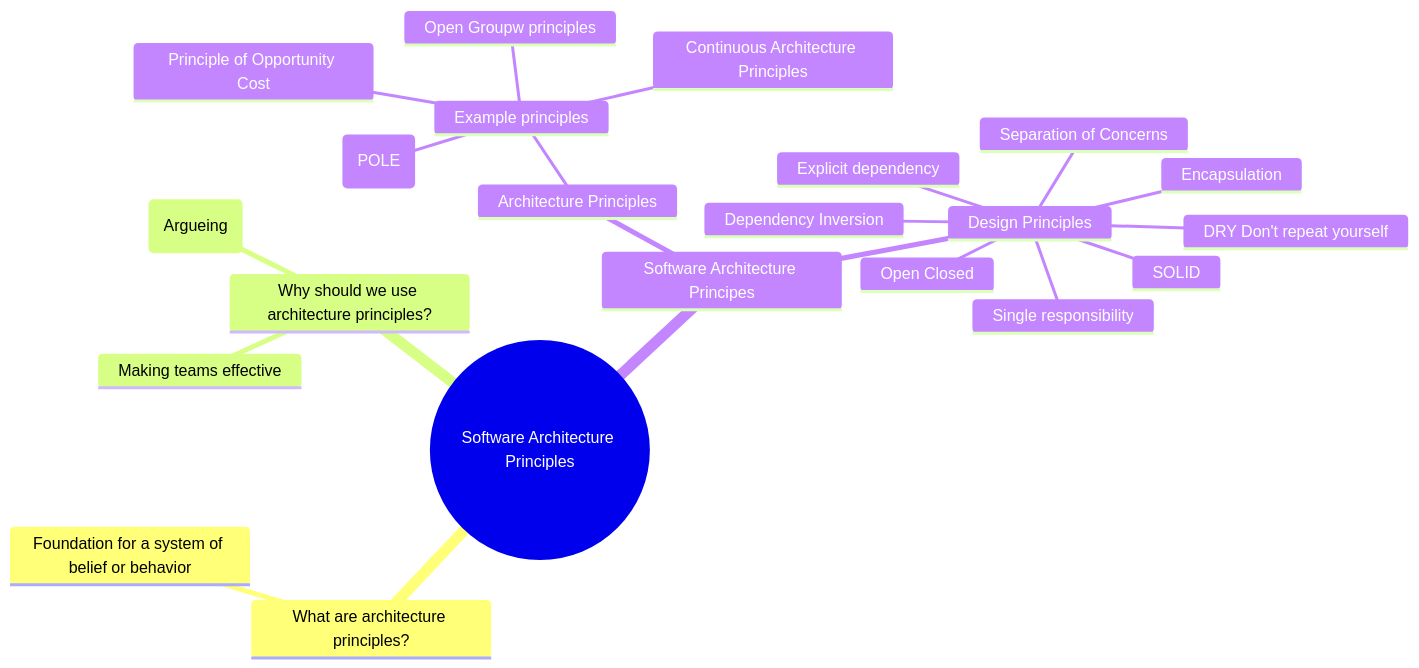
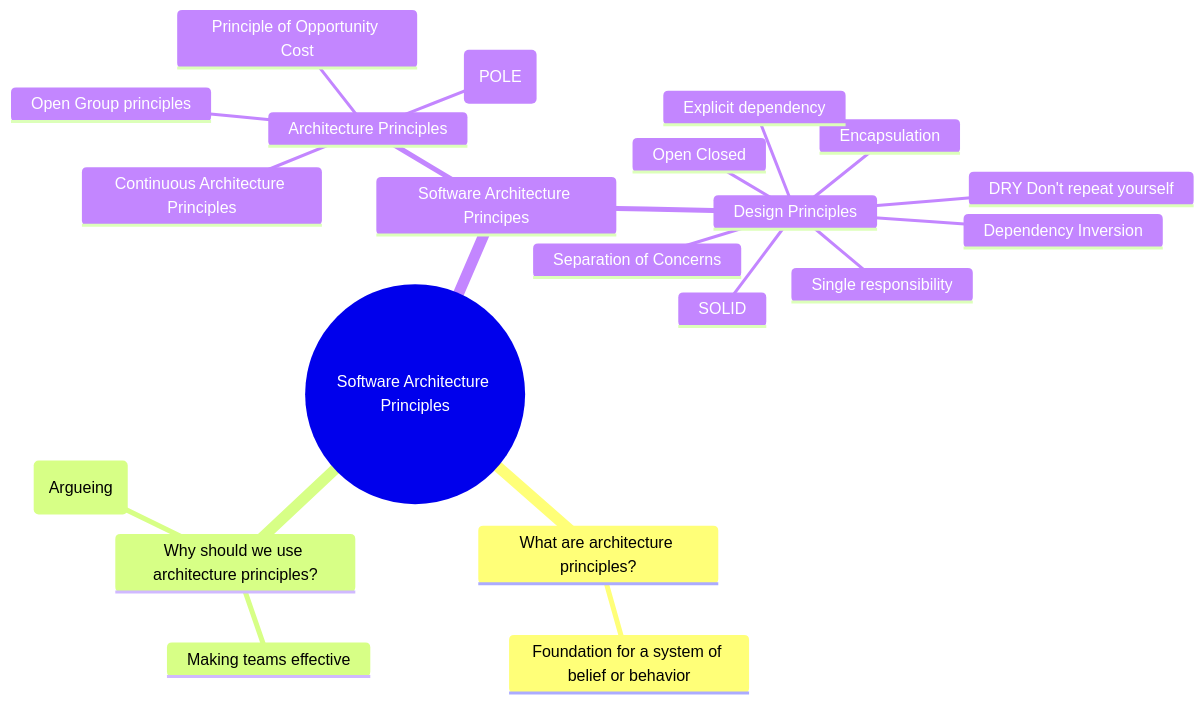
The diagram in README.md (bitsmuggler/software-architecture-principles), drawn with Mermaid before and after one commit.

Commit message:
Update mindmap

````diff
--- a/README.md
+++ b/README.md
@@ -5,25 +5,24 @@
 ```mermaid
 mindmap
   root((Software Architecture Principles))
     What are architecture principles?
         Foundation for a system of belief or behavior
     Why should we use architecture principles?
         Making teams effective
         Communication (Argueing)
     Software Architecture Principes
         Architecture Principles
-            Example principles
-                Principle of Least Effort (POLE)
-                Principle of Opportunity Cost
-                Open Groupw principles
-                Continuous Architecture Principles
+            Principle of Least Effort (POLE)
+            Principle of Opportunity Cost
+            Open Group principles
+            Continuous Architecture Principles
         Design Principles
             SOLID
             Separation of Concerns
             Encapsulation
             DRY Don't repeat yourself
             Dependency Inversion
             Explicit dependency
             Single responsibility
             Open Closed
 ```
````
